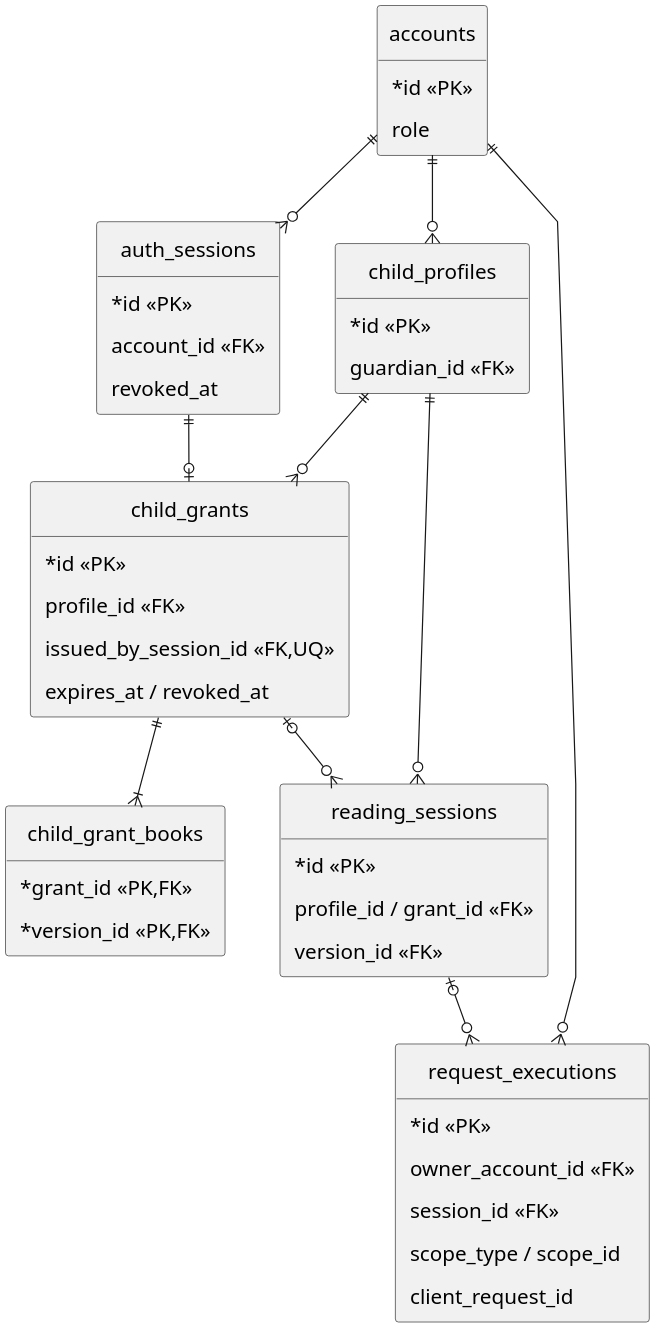
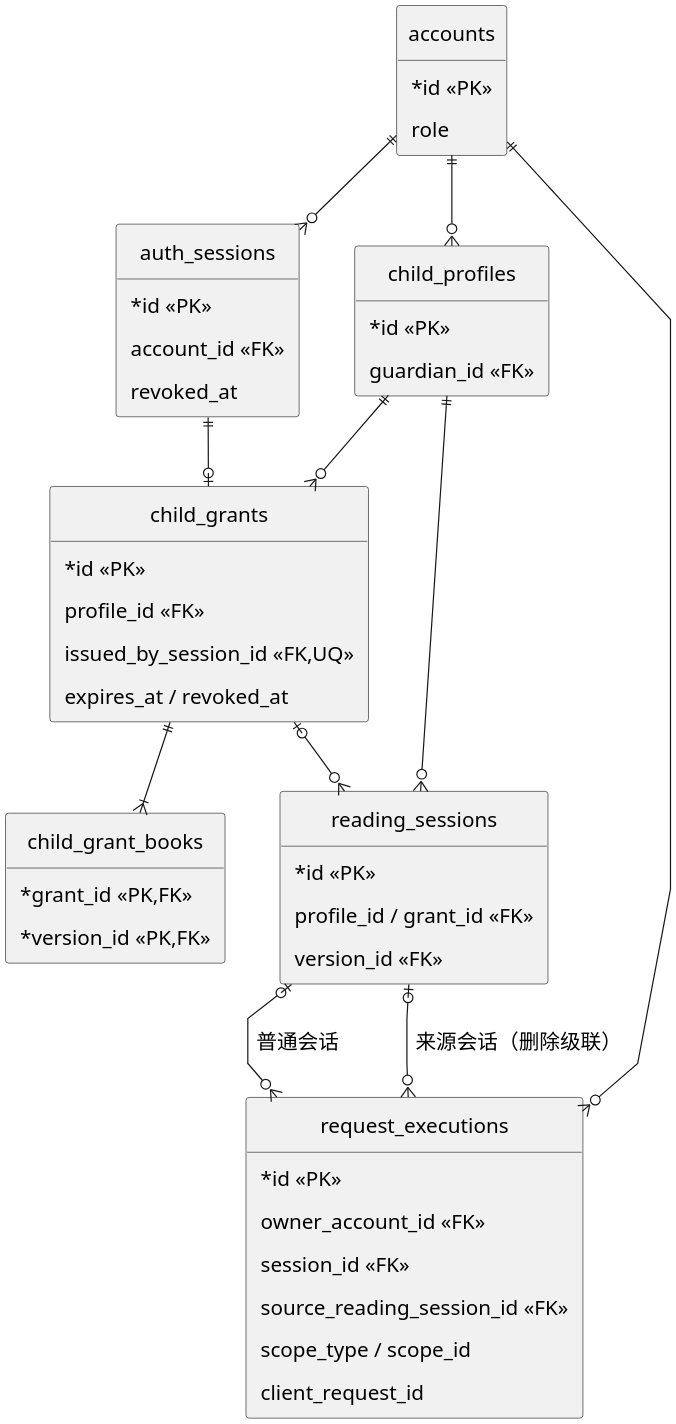
One commit to 209691048/202610-zhiya changed the diagram in docs/design/diagrams/database/fig-4-01-auth-reading-er.puml. Above: the diagram before and after it, drawn with PlantUML. The commit also changed 24 other files, not shown here.

```diff
--- a/docs/design/diagrams/database/fig-4-01-auth-reading-er.puml
+++ b/docs/design/diagrams/database/fig-4-01-auth-reading-er.puml
@@ -1,62 +1,64 @@
 @startuml
 skinparam backgroundColor white
 skinparam defaultFontName Microsoft YaHei
 skinparam defaultFontSize 17
 skinparam dpi 220
 skinparam shadowing false
 skinparam monochrome true
 skinparam classAttributeIconSize 0
 skinparam nodesep 45
 skinparam ranksep 55
 skinparam padding 6
 skinparam linetype polyline
 hide empty members
 hide circle
 
 top to bottom direction
 entity accounts {
  * id <<PK>>
  role
 }
 entity auth_sessions {
  * id <<PK>>
  account_id <<FK>>
  revoked_at
 }
 entity child_profiles {
  * id <<PK>>
  guardian_id <<FK>>
 }
 entity child_grants {
  * id <<PK>>
  profile_id <<FK>>
  issued_by_session_id <<FK,UQ>>
  expires_at / revoked_at
 }
 entity child_grant_books {
  * grant_id <<PK,FK>>
  * version_id <<PK,FK>>
 }
 entity reading_sessions {
  * id <<PK>>
  profile_id / grant_id <<FK>>
  version_id <<FK>>
 }
 entity request_executions {
  * id <<PK>>
  owner_account_id <<FK>>
  session_id <<FK>>
+ source_reading_session_id <<FK>>
  scope_type / scope_id
  client_request_id
 }
 accounts ||--o{ auth_sessions
 auth_sessions ||--o| child_grants
 accounts ||--o{ child_profiles
 child_profiles ||--o{ child_grants
 child_grants ||--|{ child_grant_books
 child_profiles ||--o{ reading_sessions
 child_grants |o--o{ reading_sessions
 accounts ||--o{ request_executions
-reading_sessions |o--o{ request_executions
+reading_sessions |o--o{ request_executions : 普通会话
+reading_sessions |o--o{ request_executions : 来源会话（删除级联）
 
 @enduml
```
